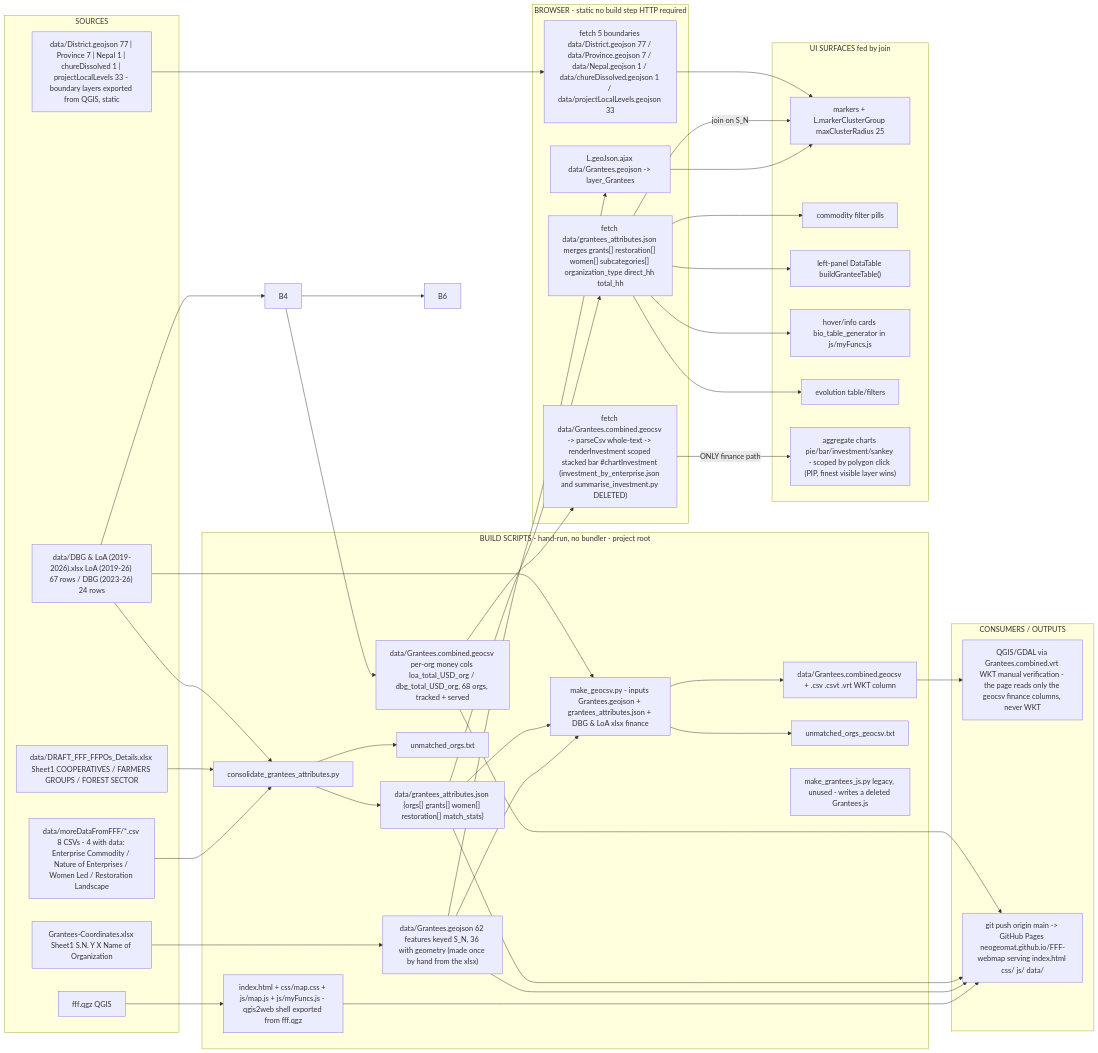
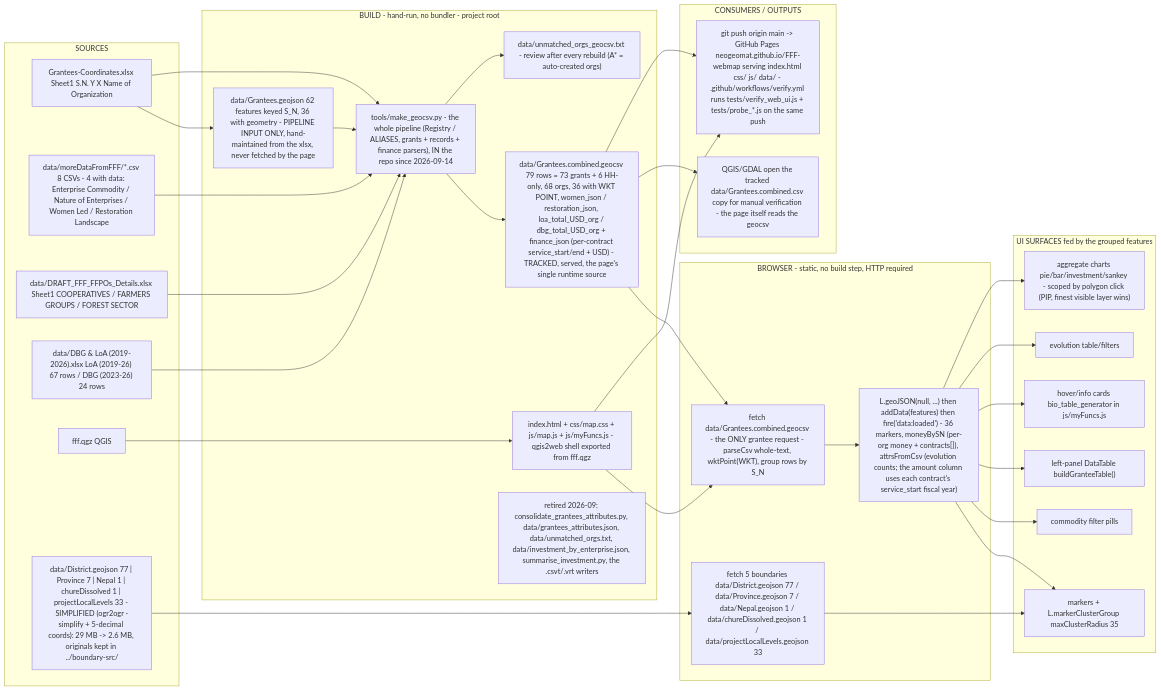
One commit to neogeomat/FFF-webmap changed the diagram in DATAFLOW.md. Above: the diagram before and after it, drawn with Mermaid. The commit also changed other lines of this file and 58 other files, not shown here.

First line of the commit message:
Cut page weight 30 MB -> 4 MB, one geocsv source, real contract-year money

````diff
--- a/DATAFLOW.md
+++ b/DATAFLOW.md
@@ -3,82 +3,68 @@
 ```mermaid
 ---
 theme:light
 ---
 flowchart LR
 
 subgraph SRC["SOURCES"]
   S1["Grantees-Coordinates.xlsx Sheet1 S.N. Y X Name of Organization"]
   S2["data/moreDataFromFFF/*.csv 8 CSVs - 4 with data: Enterprise Commodity / Nature of Enterprises / Women Led / Restoration Landscape"]
   S3["data/DRAFT_FFF_FFPOs_Details.xlsx Sheet1 COOPERATIVES / FARMERS GROUPS / FOREST SECTOR"]
   S4["data/DBG & LoA (2019-2026).xlsx LoA (2019-26) 67 rows / DBG (2023-26) 24 rows"]
   S5["fff.qgz QGIS"]
-  S6["data/District.geojson 77 | Province 7 | Nepal 1 | chureDissolved 1 | projectLocalLevels 33 - boundary layers exported from QGIS, static"]
+  S6["data/District.geojson 77 | Province 7 | Nepal 1 | chureDissolved 1 | projectLocalLevels 33 - SIMPLIFIED (ogr2ogr -simplify + 5-decimal coords): 29 MB -> 2.6 MB, originals kept in ../boundary-src/"]
 end
 
-subgraph BLD["BUILD SCRIPTS - hand-run, no bundler - project root"]
-  G1["data/Grantees.geojson 62 features keyed S_N, 36 with geometry (made once by hand from the xlsx)"]
+subgraph BLD["BUILD - hand-run, no bundler - project root"]
+  G1["data/Grantees.geojson 62 features keyed S_N, 36 with geometry - PIPELINE INPUT ONLY, hand-maintained from the xlsx, never fetched by the page"]
   SH["index.html + css/map.css + js/map.js + js/myFuncs.js - qgis2web shell exported from fff.qgz"]
-  B1["consolidate_grantees_attributes.py"]
-  B2["data/grantees_attributes.json {orgs[] grants[] women[] restoration[] match_stats}"]
-  B3["unmatched_orgs.txt"]
-  B5["data/Grantees.combined.geocsv per-org money cols loa_total_USD_org / dbg_total_USD_org, 68 orgs, tracked + served"]
-  B7["make_geocsv.py - inputs Grantees.geojson + grantees_attributes.json + DBG & LoA xlsx finance"]
-  B8["data/Grantees.combined.geocsv + .csv .csvt .vrt WKT column"]
-  B9["unmatched_orgs_geocsv.txt"]
-  B10["make_grantees_js.py legacy, unused - writes a deleted Grantees.js"]
+  B7["tools/make_geocsv.py - the whole pipeline (Registry / ALIASES, grants + records + finance parsers), IN the repo since 2026-09-14"]
+  B8["data/Grantees.combined.geocsv 79 rows = 73 grants + 6 HH-only, 68 orgs, 36 with WKT POINT, women_json / restoration_json, loa_total_USD_org / dbg_total_USD_org + finance_json (per-contract service_start/end + USD) - TRACKED, served, the page's single runtime source"]
+  B9["data/unmatched_orgs_geocsv.txt - review after every rebuild (A* = auto-created orgs)"]
+  BX["retired 2026-09: consolidate_grantees_attributes.py, data/grantees_attributes.json, data/unmatched_orgs.txt, data/investment_by_enterprise.json, summarise_investment.py, the .csvt/.vrt writers"]
 end
 
-subgraph BRW["BROWSER - static no build step HTTP required"]
-  R1["L.geoJson.ajax data/Grantees.geojson -> layer_Grantees"]
-  R2["fetch data/grantees_attributes.json merges grants[] restoration[] women[] subcategories[] organization_type direct_hh total_hh"]
-  R3["fetch data/Grantees.combined.geocsv -> parseCsv whole-text -> renderInvestment scoped stacked bar #chartInvestment (investment_by_enterprise.json and summarise_investment.py DELETED)"]
+subgraph BRW["BROWSER - static, no build step, HTTP required"]
+  R1["fetch data/Grantees.combined.geocsv - the ONLY grantee request - parseCsv whole-text, wktPoint(WKT), group rows by S_N"]
+  R2["L.geoJSON(null, ...) then addData(features) then fire('data:loaded') - 36 markers, moneyBySN (per-org money + contracts[]), attrsFromCsv (evolution counts; the amount column uses each contract's service_start fiscal year)"]
   R4["fetch 5 boundaries data/District.geojson 77 / data/Province.geojson 7 / data/Nepal.geojson 1 / data/chureDissolved.geojson 1 / data/projectLocalLevels.geojson 33"]
 end
 
-subgraph UI["UI SURFACES fed by join"]
-  U1["markers + L.markerClusterGroup maxClusterRadius 25"]
+subgraph UI["UI SURFACES fed by the grouped features"]
+  U1["markers + L.markerClusterGroup maxClusterRadius 35"]
   U2["commodity filter pills"]
   U3["left-panel DataTable buildGranteeTable()"]
   U4["hover/info cards bio_table_generator in js/myFuncs.js"]
   U5["evolution table/filters"]
   U6["aggregate charts pie/bar/investment/sankey - scoped by polygon click (PIP, finest visible layer wins)"]
 end
 
 subgraph OUT["CONSUMERS / OUTPUTS"]
-  O1["QGIS/GDAL via Grantees.combined.vrt WKT manual verification - the page reads only the geocsv finance columns, never WKT"]
-  O2["git push origin main -> GitHub Pages neogeomat.github.io/FFF-webmap serving index.html css/ js/ data/"]
+  O1["QGIS/GDAL open the tracked data/Grantees.combined.csv copy for manual verification - the page itself reads the geocsv"]
+  O2["git push origin main -> GitHub Pages neogeomat.github.io/FFF-webmap serving index.html css/ js/ data/ - .github/workflows/verify.yml runs tests/verify_web_ui.js + tests/probe_*.js on the same push"]
 end
 
 S1 --> G1
 S5 --> SH
-S2 --> B1
-S3 --> B1
-S4 --> B1
-S4 --> B4
-B1 --> B2
-B1 --> B3
-B4 --> B5
-B4 --> B6
+S1 --> B7
+S2 --> B7
+S3 --> B7
+S4 --> B7
 G1 --> B7
-B2 --> B7
-S4 --> B7
 B7 --> B8
 B7 --> B9
 S6 --> R4
-G1 --> R1
-B2 --> R2
-B5 --> R3
-R1 --> U1
-R2 -- join on S_N --> U1
+SH --> R1
+B8 --> R1
+R1 --> R2
+R2 --> U1
 R2 --> U2
 R2 --> U3
 R2 --> U4
 R2 --> U5
-R3 -- ONLY finance path --> U6
+R2 --> U6
 R4 --> U1
 B8 --> O1
 SH --> O2
-G1 --> O2
-B2 --> O2
-B5 --> O2
+B8 --> O2
 ```
````
